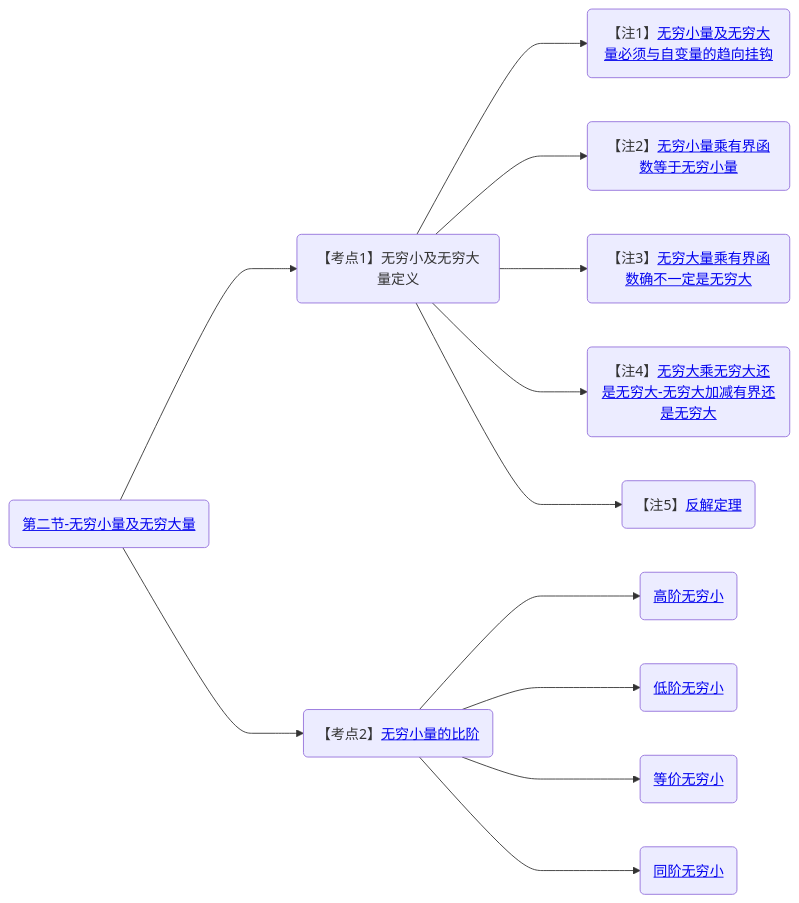
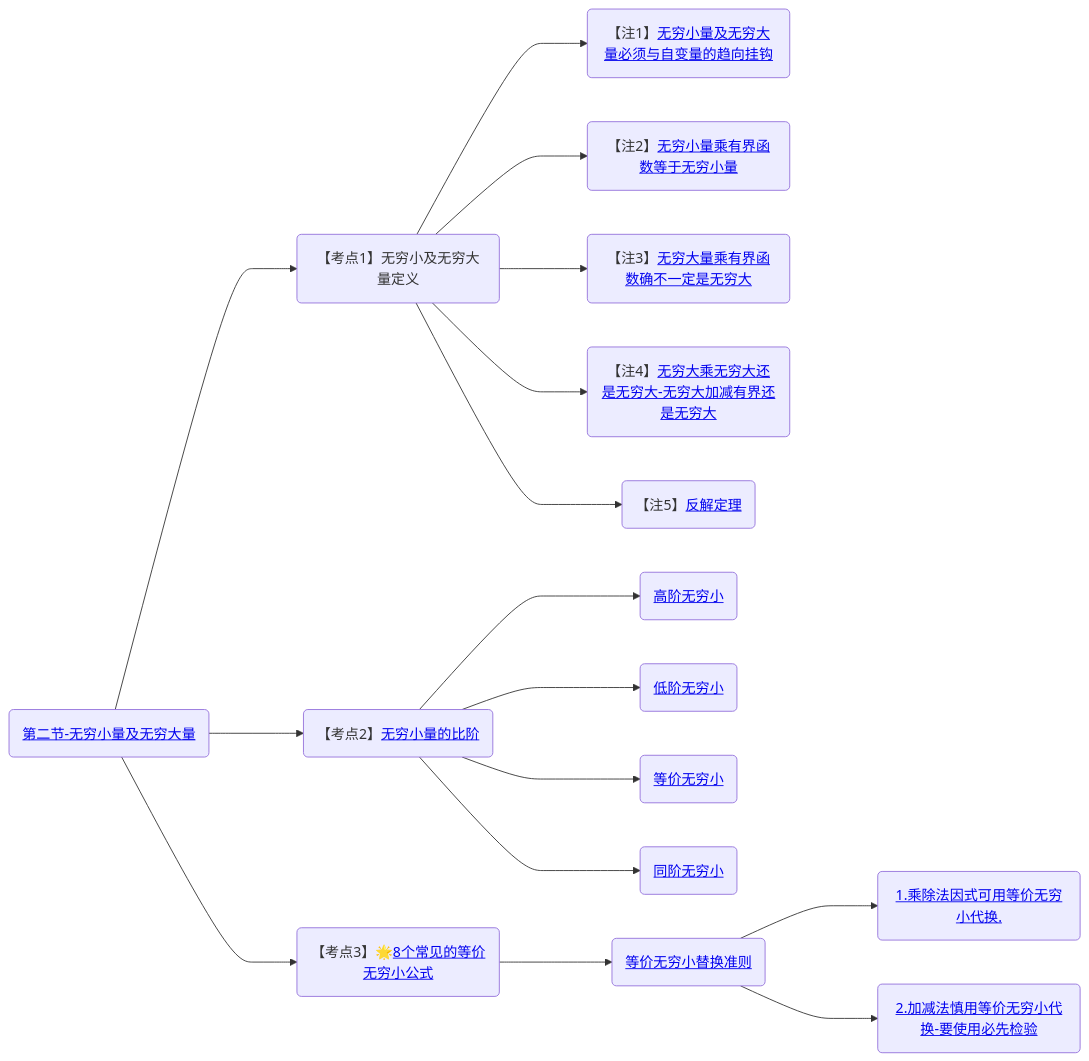
The second of 2 diagrams in 笔记/数学/周洋鑫/基础班/00.大纲.md (yuebinghui/note), drawn with Mermaid before and after one commit. The commit also changed 9 other files, not shown here.

````diff
--- a/笔记/数学/周洋鑫/基础班/00.大纲.md
+++ b/笔记/数学/周洋鑫/基础班/00.大纲.md
@@ -40,21 +40,26 @@
 ```mermaid
 graph LR
 
 第二节-无穷小量及无穷大量(<a href="/Users/yuebinghui/Documents/program/github/note/笔记/数学/周洋鑫/基础班/02.无穷小量及无穷大量.md#第二节-无穷小量及无穷大量">第二节-无穷小量及无穷大量</>)
 
 第二节-无穷小量及无穷大量--->无穷小及无穷大量定义(【考点1】无穷小及无穷大量定义)
 
 无穷小及无穷大量定义--->无穷小量及无穷大量必须与自变量的趋向挂钩(【注1】<a href="/Users/yuebinghui/Documents/program/github/note/笔记/数学/周洋鑫/基础班/02.无穷小量及无穷大量.md#无穷小量及无穷大量必须与自变量的趋向挂钩">无穷小量及无穷大量必须与自变量的趋向挂钩</>)
 无穷小及无穷大量定义--->无穷小量乘有界函数等于无穷小量(【注2】<a href="/Users/yuebinghui/Documents/program/github/note/笔记/数学/周洋鑫/基础班/02.无穷小量及无穷大量.md#无穷小量乘有界函数等于无穷小量">无穷小量乘有界函数等于无穷小量</>)
 无穷小及无穷大量定义--->无穷大量乘有界函数确不一定是无穷大(【注3】<a href="/Users/yuebinghui/Documents/program/github/note/笔记/数学/周洋鑫/基础班/02.无穷小量及无穷大量.md#无穷大量乘有界函数确不一定是无穷大">无穷大量乘有界函数确不一定是无穷大</>)
 无穷小及无穷大量定义--->无穷大乘无穷大还是无穷大-无穷大加减有界还是无穷大(【注4】<a href="/Users/yuebinghui/Documents/program/github/note/笔记/数学/周洋鑫/基础班/02.无穷小量及无穷大量.md#无穷大乘无穷大还是无穷大-无穷大加减有界还是无穷大">无穷大乘无穷大还是无穷大-无穷大加减有界还是无穷大</>)
 无穷小及无穷大量定义--->反解定理(【注5】<a href="/Users/yuebinghui/Documents/program/github/note/笔记/数学/周洋鑫/基础班/02.无穷小量及无穷大量.md#反解定理">反解定理</>)
 
 第二节-无穷小量及无穷大量--->无穷小量的比阶(【考点2】<a href="/Users/yuebinghui/Documents/program/github/note/笔记/数学/周洋鑫/基础班/02.无穷小量及无穷大量.md#无穷小量的比阶">无穷小量的比阶</>)
 无穷小量的比阶--->高阶无穷小(<a href="/Users/yuebinghui/Documents/program/github/note/笔记/数学/周洋鑫/基础班/02.无穷小量及无穷大量.md#高阶无穷小">高阶无穷小</>)
 无穷小量的比阶--->低阶无穷小(<a href="/Users/yuebinghui/Documents/program/github/note/笔记/数学/周洋鑫/基础班/02.无穷小量及无穷大量.md#低阶无穷小">低阶无穷小</>)
 无穷小量的比阶--->等价无穷小(<a href="/Users/yuebinghui/Documents/program/github/note/笔记/数学/周洋鑫/基础班/02.无穷小量及无穷大量.md#等价无穷小">等价无穷小</>)
 无穷小量的比阶--->同阶无穷小(<a href="/Users/yuebinghui/Documents/program/github/note/笔记/数学/周洋鑫/基础班/02.无穷小量及无穷大量.md#同阶无穷小">同阶无穷小</>)
 
+第二节-无穷小量及无穷大量--->8个常见的等价无穷小公式(【考点3】🌟<a href="/Users/yuebinghui/Documents/program/github/note/笔记/数学/周洋鑫/基础班/02.无穷小量及无穷大量.md#8个常见的等价无穷小公式">8个常见的等价无穷小公式</>)
+8个常见的等价无穷小公式--->等价无穷小替换准则(<a href="/Users/yuebinghui/Documents/program/github/note/笔记/数学/周洋鑫/基础班/02.无穷小量及无穷大量.md#等价无穷小替换准则">等价无穷小替换准则</>)
+等价无穷小替换准则--->1.乘除法因式可用等价无穷小代换.(<a href="/Users/yuebinghui/Documents/program/github/note/笔记/数学/周洋鑫/基础班/02.无穷小量及无穷大量.md#1.乘除法因式可用等价无穷小代换.">1.乘除法因式可用等价无穷小代换.</>)
+等价无穷小替换准则--->2.加减法慎用等价无穷小代换-要使用必先检验(<a href="/Users/yuebinghui/Documents/program/github/note/笔记/数学/周洋鑫/基础班/02.无穷小量及无穷大量.md#2.加减法慎用等价无穷小代换-要使用必先检验">2.加减法慎用等价无穷小代换-要使用必先检验</>)
+
 
 ```
````
